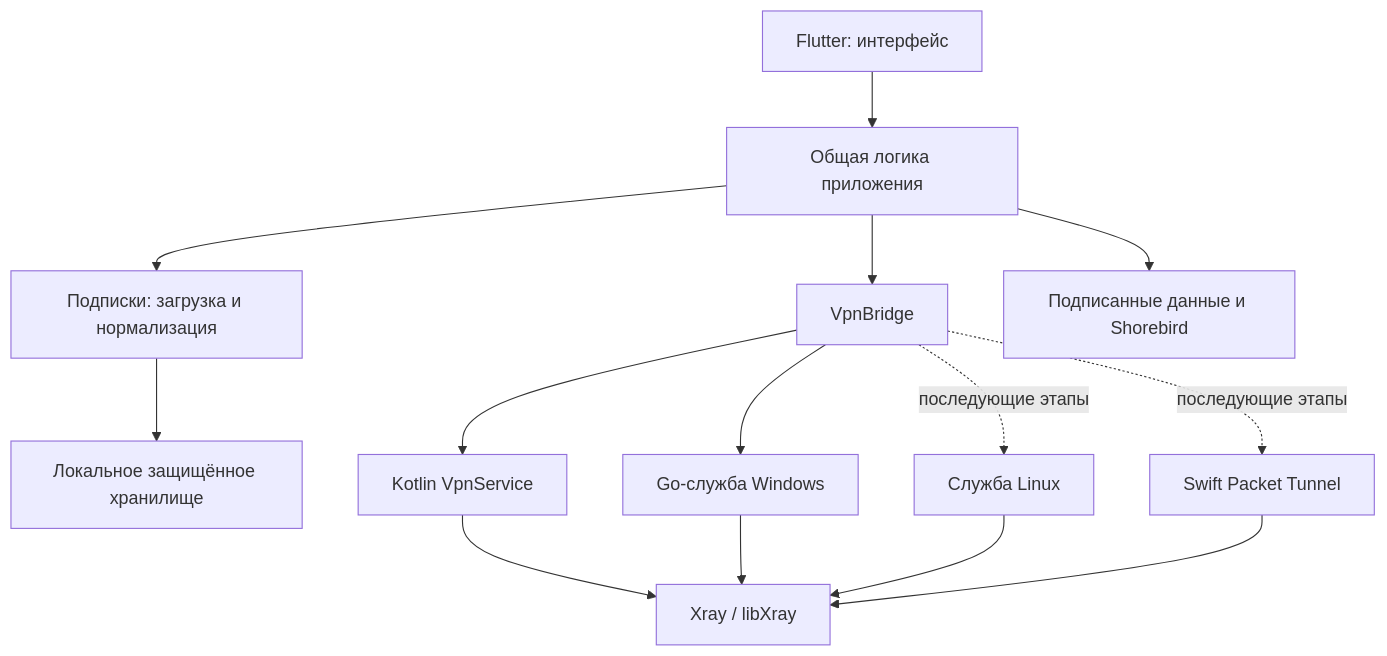
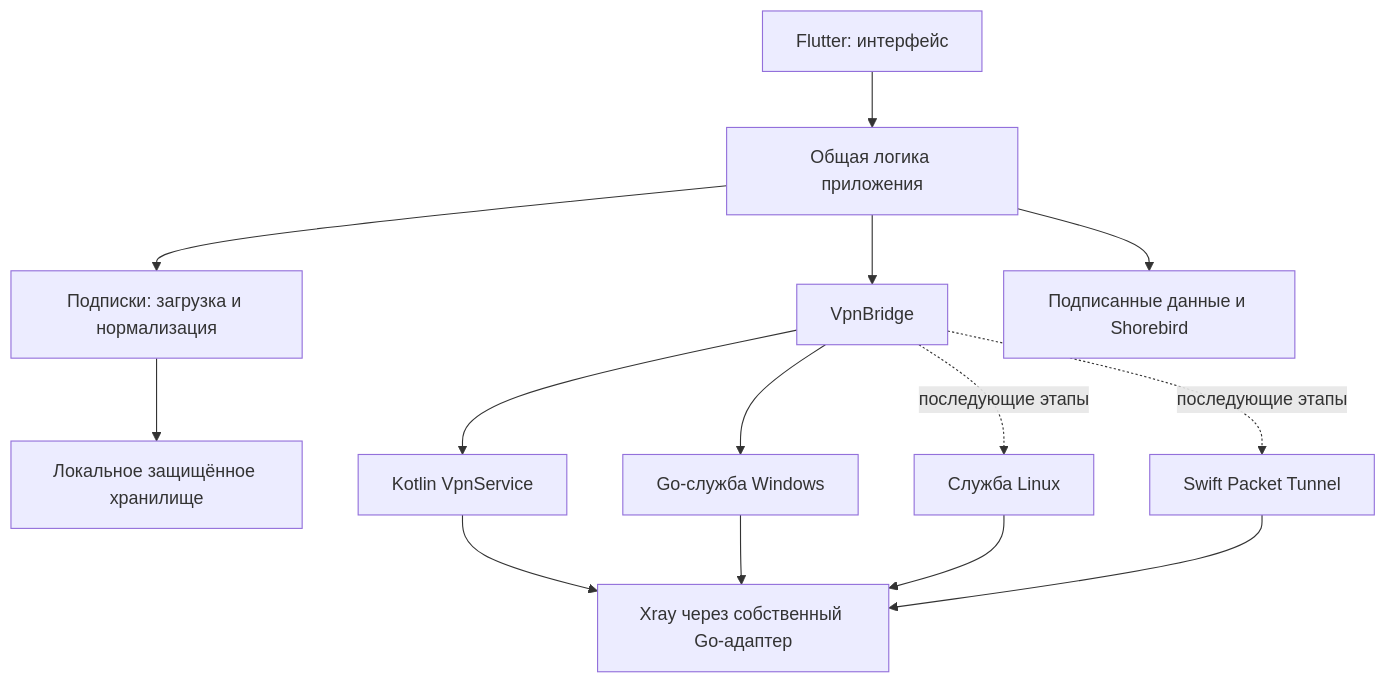
The diagram in docs/ARCHITECTURE.md (Extectick/ExVPN), drawn with Mermaid before and after one commit. The commit also changed 14 other files, not shown here.

````diff
--- a/docs/ARCHITECTURE.md
+++ b/docs/ARCHITECTURE.md
@@ -25,16 +25,16 @@
 ```mermaid
 flowchart TD
     UI[Flutter: интерфейс] --> APP[Общая логика приложения]
     APP --> SUB[Подписки: загрузка и нормализация]
     SUB --> STORE[Локальное защищённое хранилище]
     APP --> BRIDGE[VpnBridge]
     BRIDGE --> ANDROID[Kotlin VpnService]
     BRIDGE --> WINDOWS[Go-служба Windows]
     BRIDGE -. последующие этапы .-> LINUX[Служба Linux]
     BRIDGE -. последующие этапы .-> IOS[Swift Packet Tunnel]
-    ANDROID --> CORE[Xray / libXray]
+    ANDROID --> CORE[Xray через собственный Go-адаптер]
     WINDOWS --> CORE
     LINUX --> CORE
     IOS --> CORE
     APP --> OTA[Подписанные данные и Shorebird]
 ```
````
